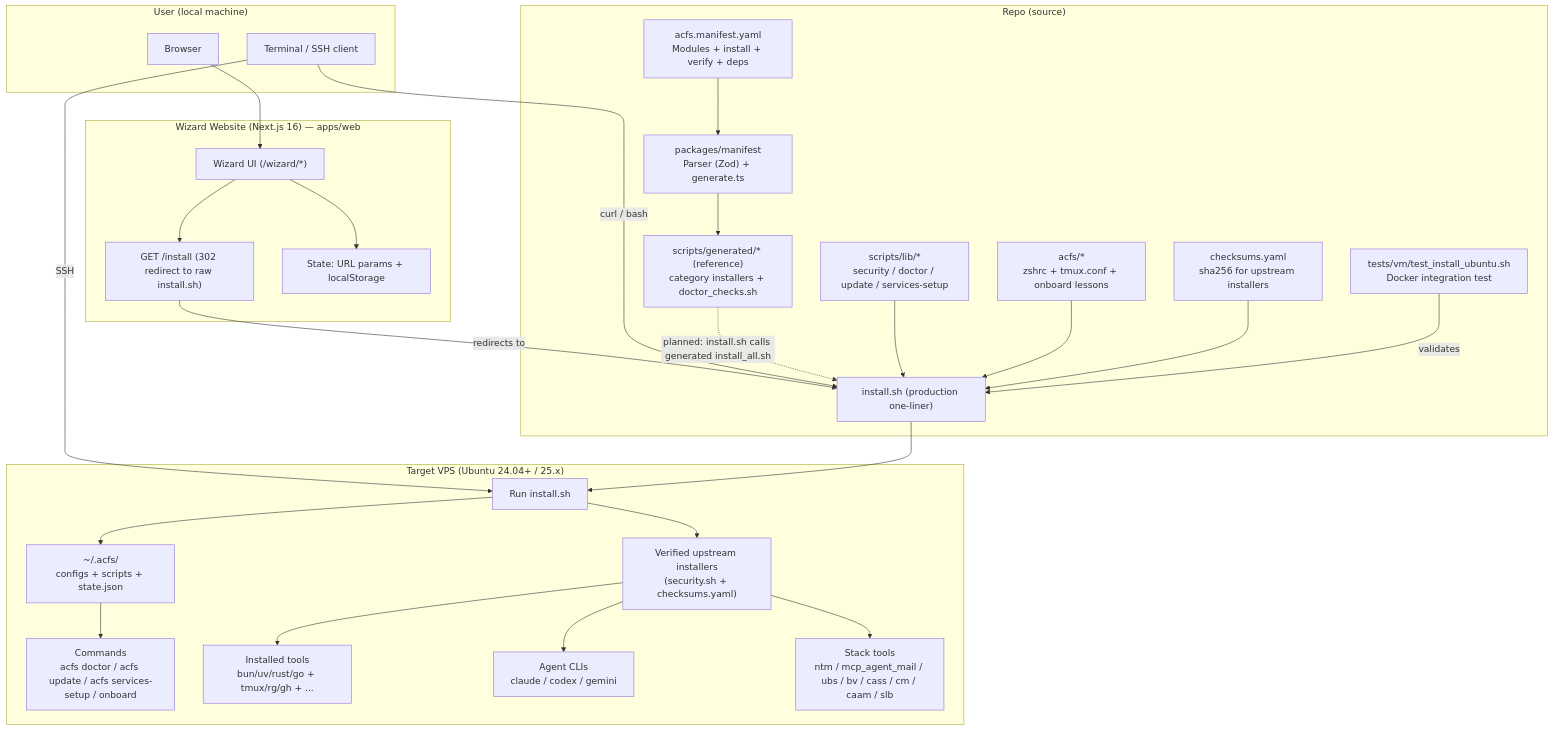
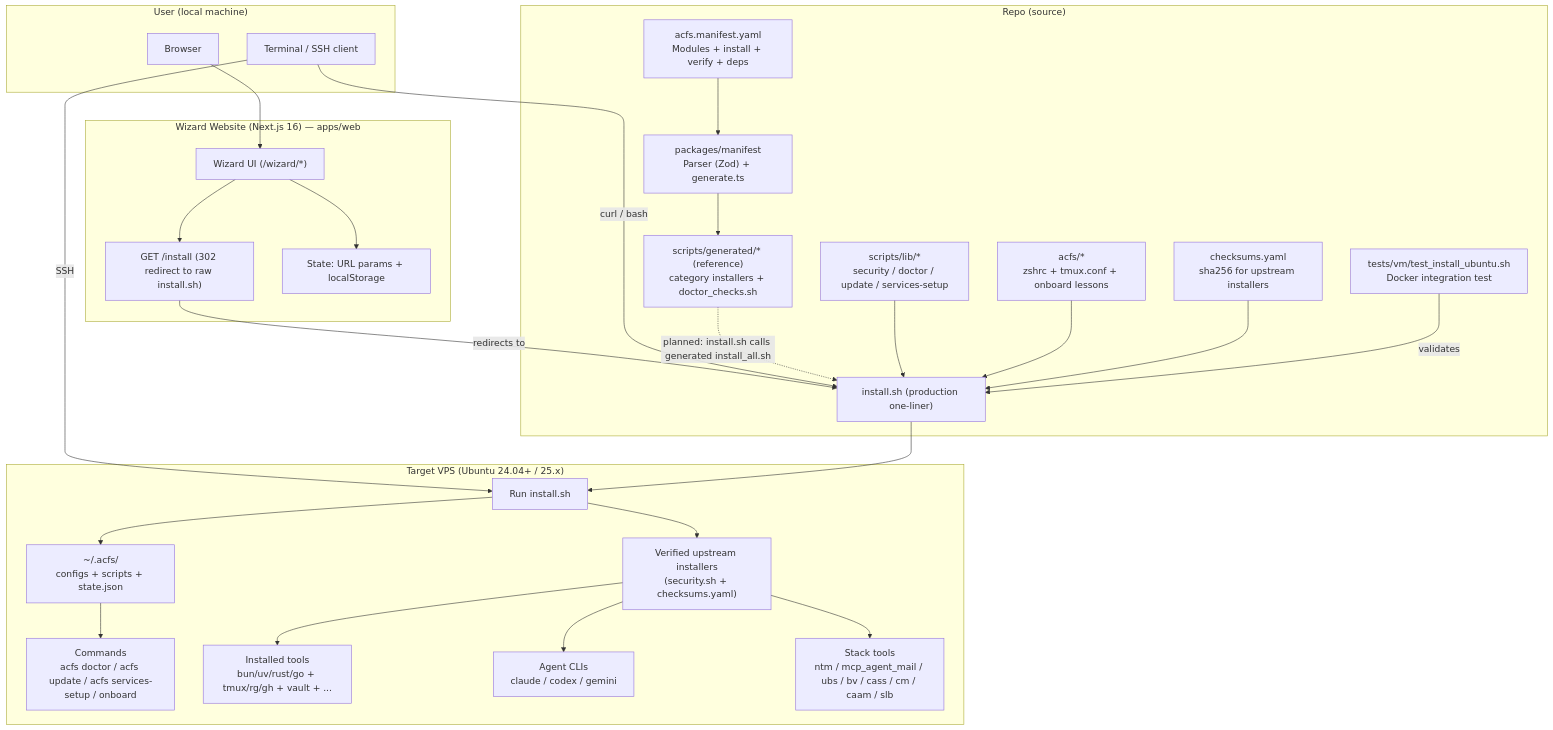
Before and after one commit to Sklpcc/agentic_coding_flywheel_setup: the second of 3 diagrams in README.md, drawn with Mermaid. The commit also changed other lines of this file and 4 other files, not shown here.

````diff
--- a/README.md
+++ b/README.md
@@ -124,65 +124,65 @@
 ```mermaid
 flowchart TB
   %% User and website
   subgraph U["User (local machine)"]
     Browser["Browser"]
     Terminal["Terminal / SSH client"]
   end
 
   subgraph W["Wizard Website (Next.js 16) — apps/web"]
     Wizard["Wizard UI (/wizard/*)"]
     InstallRoute["GET /install (302 redirect to raw install.sh)"]
     WebState["State: URL params + localStorage"]
   end
 
   %% Repo sources
   subgraph R["Repo (source)"]
     Manifest["acfs.manifest.yaml<br/>Modules + install + verify + deps"]
     Generator["packages/manifest<br/>Parser (Zod) + generate.ts"]
     Generated["scripts/generated/* (reference)<br/>category installers + doctor_checks.sh"]
     Installer["install.sh (production one-liner)"]
     Lib["scripts/lib/*<br/>security / doctor / update / services-setup"]
     Configs["acfs/*<br/>zshrc + tmux.conf + onboard lessons"]
     Checksums["checksums.yaml<br/>sha256 for upstream installers"]
     Tests["tests/vm/test_install_ubuntu.sh<br/>Docker integration test"]
   end
 
   %% Target VPS
   subgraph V["Target VPS (Ubuntu 24.04+ / 25.x)"]
     Run["Run install.sh"]
     Verify["Verified upstream installers<br/>(security.sh + checksums.yaml)"]
     AcfsHome["~/.acfs/<br/>configs + scripts + state.json"]
     Commands["Commands<br/>acfs doctor / acfs update / acfs services-setup / onboard"]
-    Tools["Installed tools<br/>bun/uv/rust/go + tmux/rg/gh + ..."]
+    Tools["Installed tools<br/>bun/uv/rust/go + tmux/rg/gh + vault + ..."]
     Agents["Agent CLIs<br/>claude / codex / gemini"]
     Stack["Stack tools<br/>ntm / mcp_agent_mail / ubs / bv / cass / cm / caam / slb"]
   end
 
   %% Website guidance flow
   Browser --> Wizard
   Wizard --> WebState
   Wizard --> InstallRoute
   InstallRoute -->|redirects to| Installer
 
   %% How users fetch/run the installer
   Terminal -->|curl / bash| Installer
   Terminal -->|SSH| Run
 
   %% Manifest-driven generation (reference today)
   Manifest --> Generator --> Generated
   Generated -.->|planned: install.sh calls generated install_all.sh| Installer
 
   %% Installer composition
   Lib --> Installer
   Configs --> Installer
   Checksums --> Installer
   Tests -->|validates| Installer
 
   %% VPS install results
   Installer --> Run
   Run --> Verify
   Verify --> Tools
   Verify --> Agents
   Verify --> Stack
   Run --> AcfsHome --> Commands
 ```
````
